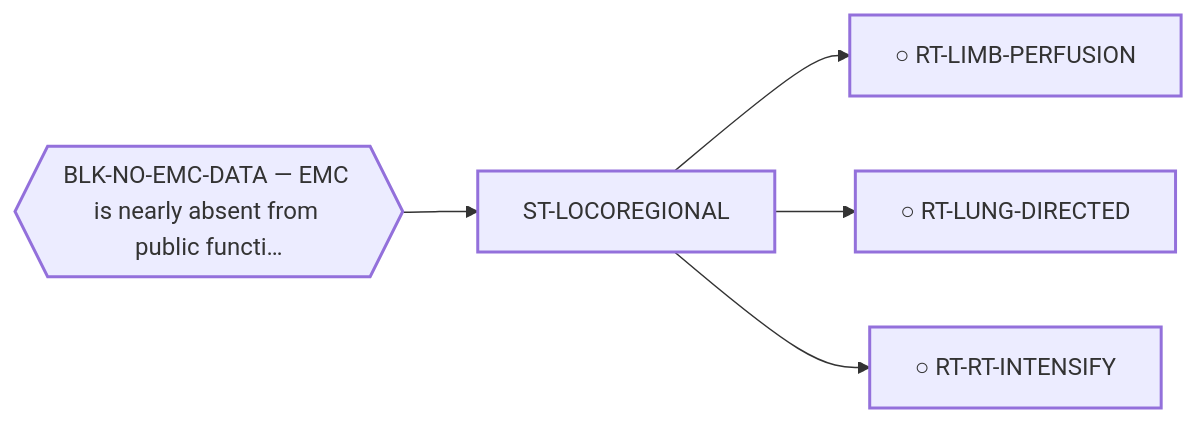
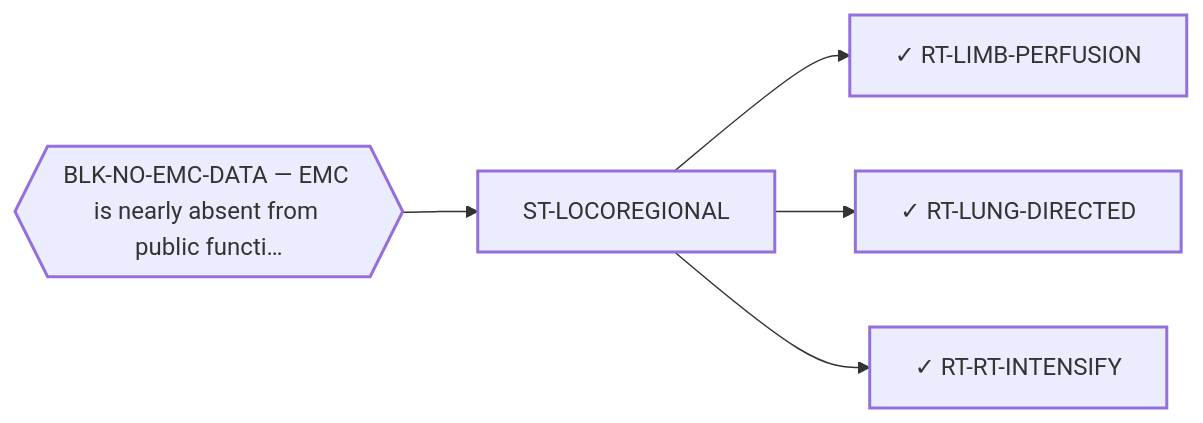
The diagram in systems/views/L1-st-locoregional.md (trimcrae/Rare-cancers), drawn with Mermaid before and after one commit. The commit also changed other lines of this file and 13 other files, not shown here.

````diff
--- a/systems/views/L1-st-locoregional.md
+++ b/systems/views/L1-st-locoregional.md
@@ -36,17 +36,17 @@
 ```mermaid
 flowchart LR
   ST_LOCOREGIONAL["ST-LOCOREGIONAL"]:::fam
-  RT_LIMB_PERFUSION["○ RT-LIMB-PERFUSION"]:::fam
+  RT_LIMB_PERFUSION["✓ RT-LIMB-PERFUSION"]:::fam
   ST_LOCOREGIONAL --> RT_LIMB_PERFUSION
-  RT_LUNG_DIRECTED["○ RT-LUNG-DIRECTED"]:::fam
+  RT_LUNG_DIRECTED["✓ RT-LUNG-DIRECTED"]:::fam
   ST_LOCOREGIONAL --> RT_LUNG_DIRECTED
-  RT_RT_INTENSIFY["○ RT-RT-INTENSIFY"]:::fam
+  RT_RT_INTENSIFY["✓ RT-RT-INTENSIFY"]:::fam
   ST_LOCOREGIONAL --> RT_RT_INTENSIFY
 
   BLK_NO_EMC_DATA{{"BLK-NO-EMC-DATA — EMC is nearly absent from public functi…"}}:::blk
   BLK_NO_EMC_DATA --> ST_LOCOREGIONAL
   classDef fam stroke-width:2px;
   classDef blk stroke-width:2px;
   classDef perm stroke-width:4px;
   classDef tech stroke-width:1px,stroke-dasharray:4 3;
 ```
````
